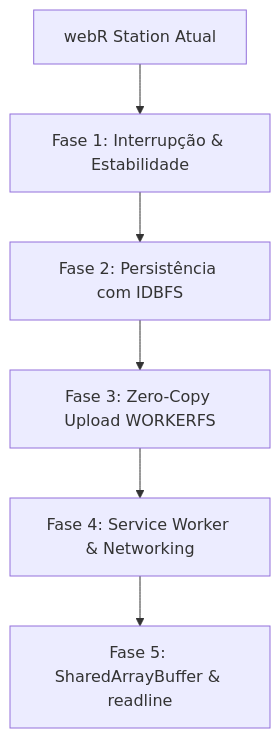
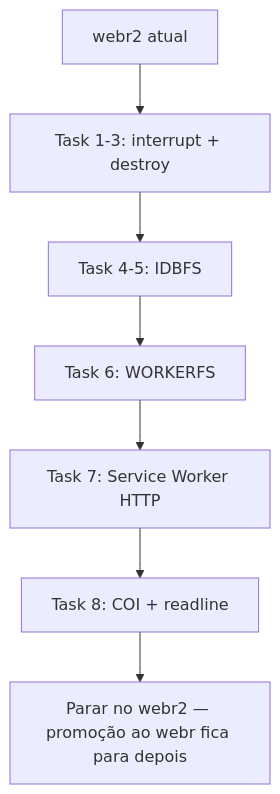
One commit to batistalucasv/webr changed the diagram in docs/superpowers/plans/2026-08-19-plano-recursos-avancados-webr.md. Above: the diagram before and after it, drawn with Mermaid. The commit also changed other lines of this file, not shown here.

Commit message:
fix: remover bloco catch duplicado em webr2-stage3.js

````diff
--- a/docs/superpowers/plans/2026-08-19-plano-recursos-avancados-webr.md
+++ b/docs/superpowers/plans/2026-08-19-plano-recursos-avancados-webr.md
@@ -10,8 +29,9 @@
 ```mermaid
 graph TD
-    A[webR Station Atual] --> B[Fase 1: Interrupção & Estabilidade]
-    B --> C[Fase 2: Persistência com IDBFS]
-    C --> D[Fase 3: Zero-Copy Upload WORKERFS]
-    D --> E[Fase 4: Service Worker & Networking]
-    E --> F[Fase 5: SharedArrayBuffer & readline]
+    A[webr2 atual] --> B[Task 1-3: interrupt + destroy]
+    B --> C[Task 4-5: IDBFS]
+    C --> D[Task 6: WORKERFS]
+    D --> E[Task 7: Service Worker HTTP]
+    E --> F[Task 8: COI + readline]
+    F --> G[Parar no webr2 — promoção ao webr fica para depois]
 ```
````
